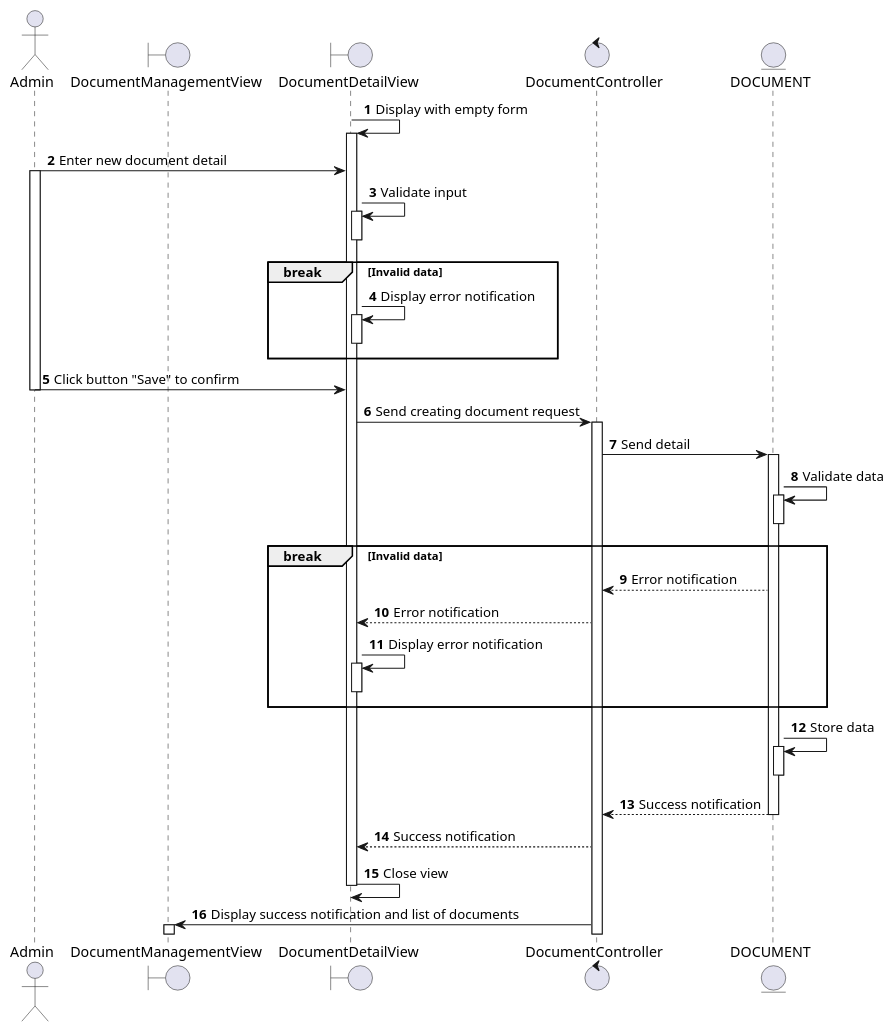
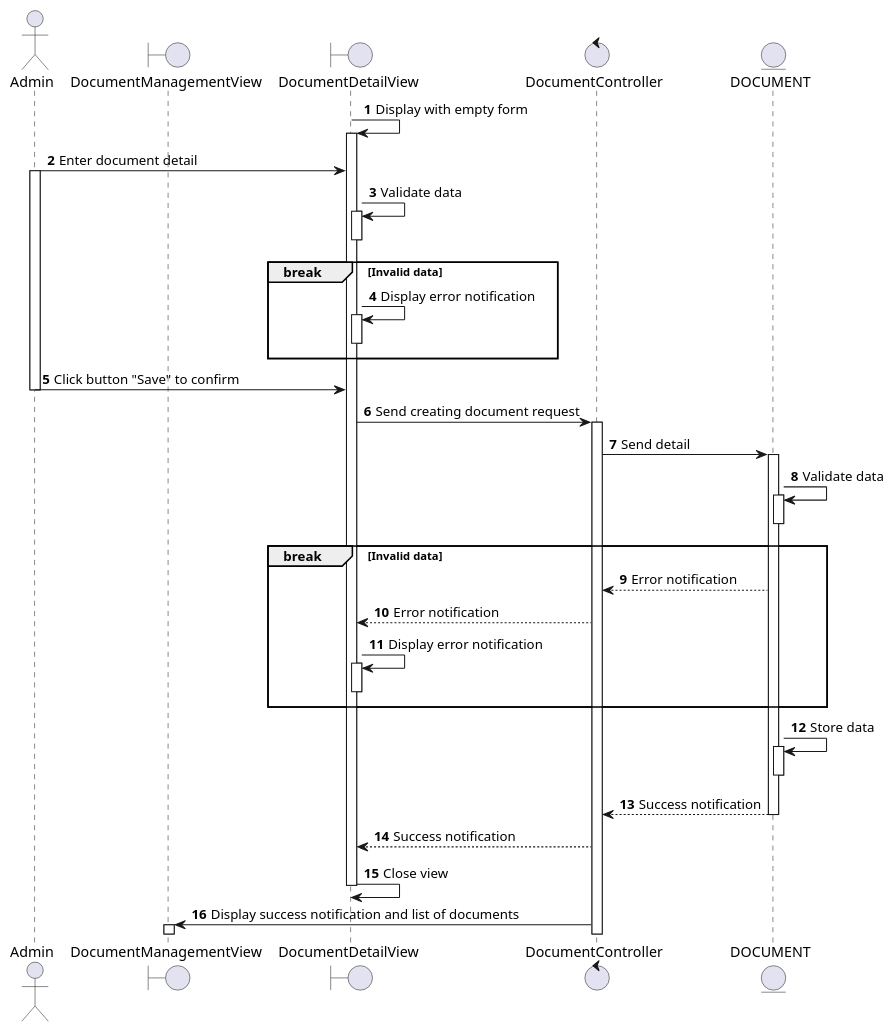
Before and after one commit to electricilies/electricilies.github.io: the diagram in docs/docs/sequence/adjust-document/create-document.md, drawn with PlantUML. The commit also changed 12 other files, not shown here.

````diff
--- a/docs/docs/sequence/adjust-document/create-document.md
+++ b/docs/docs/sequence/adjust-document/create-document.md
@@ -3,51 +3,51 @@
 ```plantuml
 @startuml
 autonumber
 
 actor Admin as A
 boundary DocumentManagementView as DMV
 boundary DocumentDetailView as DDV
 control DocumentController as DC
 entity DOCUMENT as D
 
 DDV -> DDV: Display with empty form
 activate DDV
-A -> DDV: Enter new document detail
+A -> DDV: Enter document detail
 activate A
-DDV -> DDV: Validate input
+DDV -> DDV: Validate data
 activate DDV
 deactivate DDV
 break Invalid data
   DDV -> DDV: Display error notification
   activate DDV
   deactivate DDV
 end
 A -> DDV: Click button "Save" to confirm
 deactivate A
 DDV -> DC: Send creating document request
 activate DC
 DC -> D: Send detail
 activate D
 D -> D: Validate data
 activate D
 deactivate D
 break Invalid data
   DC <-- D: Error notification
   DDV <-- DC: Error notification
   DDV -> DDV: Display error notification
   activate DDV
   deactivate DDV
 end
 D -> D: Store data
 activate D
 deactivate D
 DC <-- D: Success notification
 deactivate D
 DDV <-- DC: Success notification
 DDV -> DDV: Close view
 deactivate DDV
 DMV <- DC: Display success notification and list of documents
 activate DMV
 
 @enduml
 ```
````
